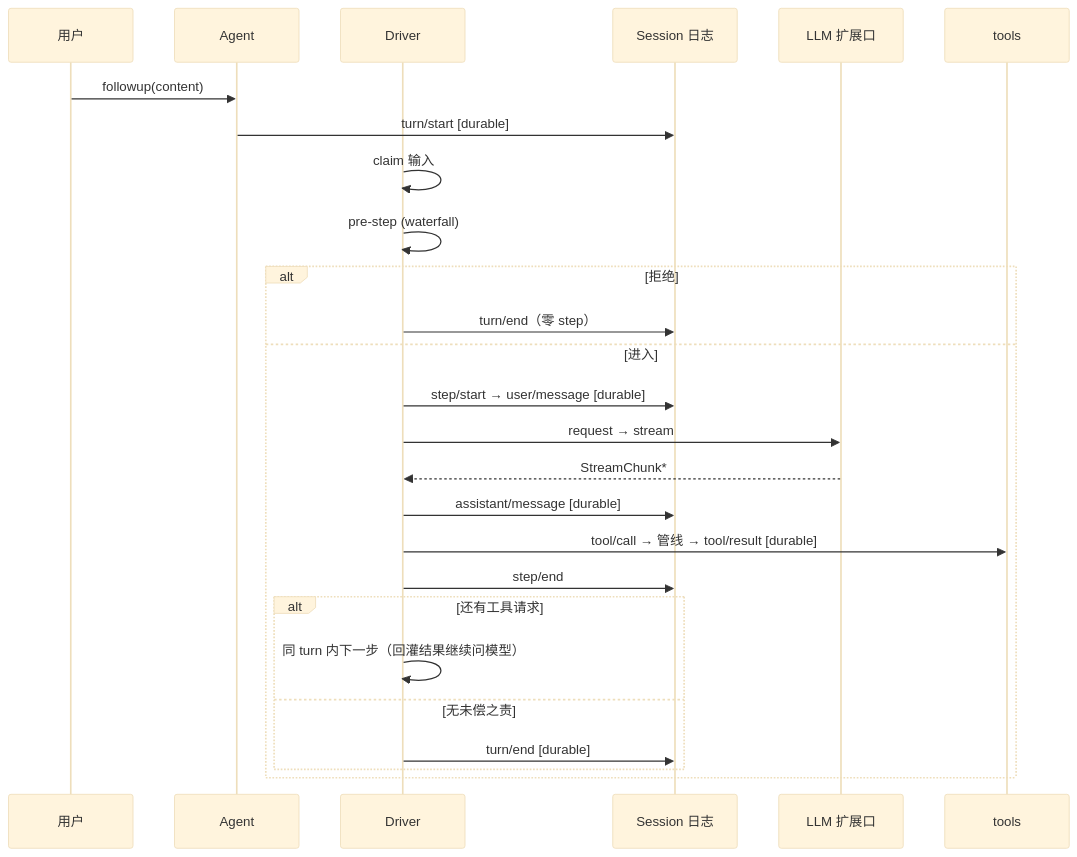
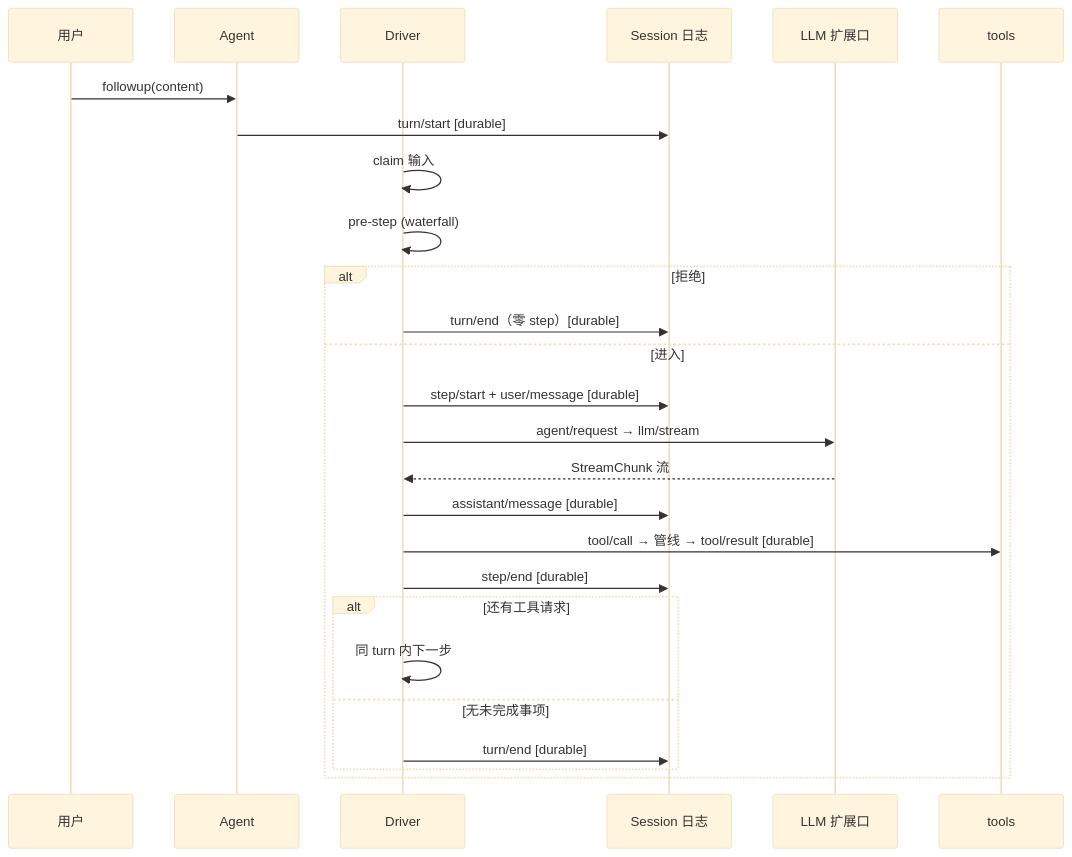
One commit to ZZKeepCurious/mini-deepseek-harness-python changed the diagram in docs/chapters/04-agent-loop-and-llm-streaming.md. Above: the diagram before and after it, drawn with Mermaid (base theme). The commit also changed other lines of this file and 27 other files, not shown here.

````diff
--- a/docs/chapters/04-agent-loop-and-llm-streaming.md
+++ b/docs/chapters/04-agent-loop-and-llm-streaming.md
@@ -29,28 +25,28 @@
 ```mermaid
 sequenceDiagram
   participant U as 用户
   participant A as Agent
   participant D as Driver
   participant S as Session 日志
   participant L as LLM 扩展口
   participant T as tools
   U->>A: followup(content)
   A->>S: turn/start [durable]
   D->>D: claim 输入
   D->>D: pre-step (waterfall)
   alt 拒绝
-    D->>S: turn/end（零 step）
+    D->>S: turn/end（零 step）[durable]
   else 进入
-    D->>S: step/start → user/message [durable]
-    D->>L: request → stream
-    L-->>D: StreamChunk*
+    D->>S: step/start + user/message [durable]
+    D->>L: agent/request → llm/stream
+    L-->>D: StreamChunk 流
     D->>S: assistant/message [durable]
     D->>T: tool/call → 管线 → tool/result [durable]
-    D->>S: step/end
+    D->>S: step/end [durable]
     alt 还有工具请求
-      D->>D: 同 turn 内下一步（回灌结果继续问模型）
-    else 无未偿之责
+      D->>D: 同 turn 内下一步
+    else 无未完成事项
       D->>S: turn/end [durable]
     end
   end
 ```
````
